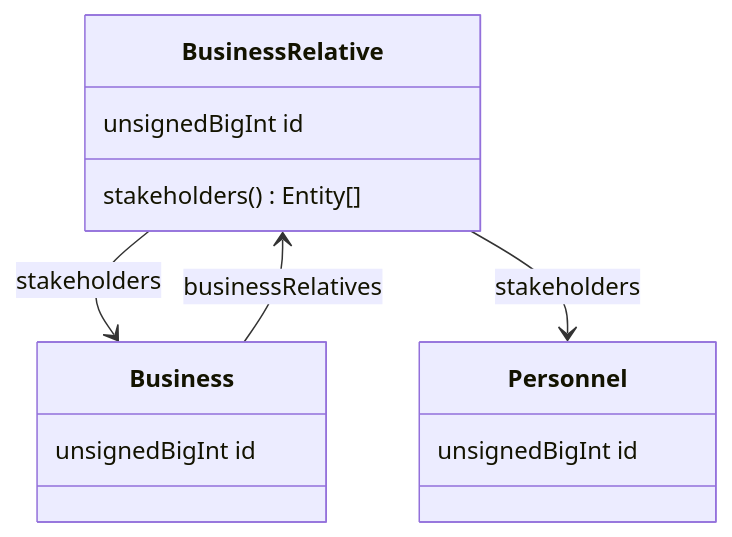
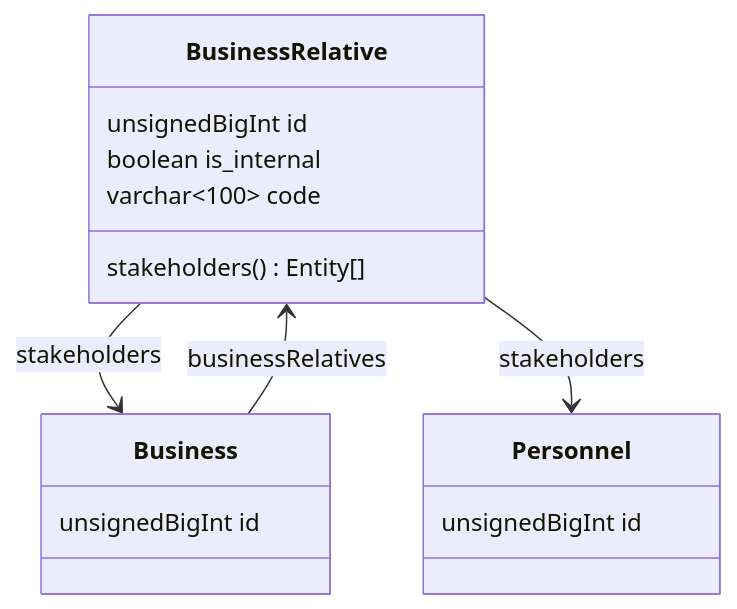
Before and after one commit to creasico/laravel-base: the third of 7 diagrams in database/README.md, drawn with Mermaid. The commit also changed other lines of this file and 52 other files, not shown here.

````diff
--- a/database/README.md
+++ b/database/README.md
@@ -192,17 +192,19 @@
 ```mermaid
 classDiagram
      BusinessRelative --> Business : stakeholders
      BusinessRelative --> Personnel : stakeholders
      Business --> BusinessRelative : businessRelatives
 
     class Business {
         unsignedBigInt id
     }
     class Personnel {
         unsignedBigInt id
     }
     class BusinessRelative {
         unsignedBigInt id
+        boolean is_internal
+        varchar~100~ code
         stakeholders() Entity[]
     }
 ```
````
